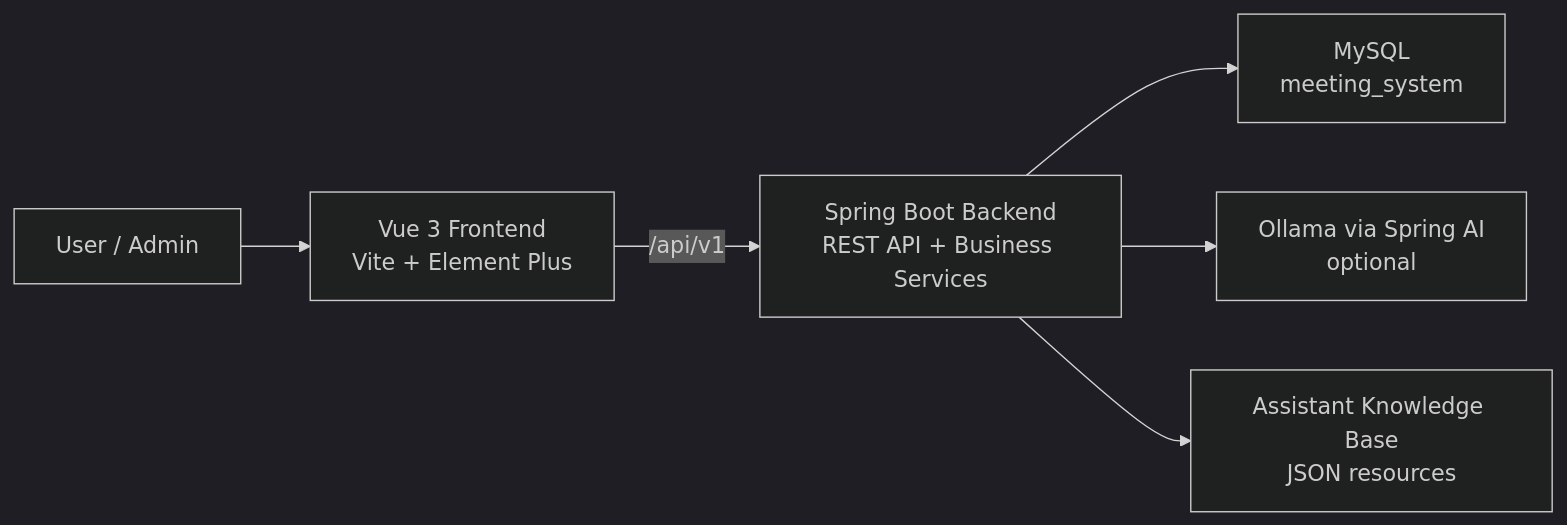
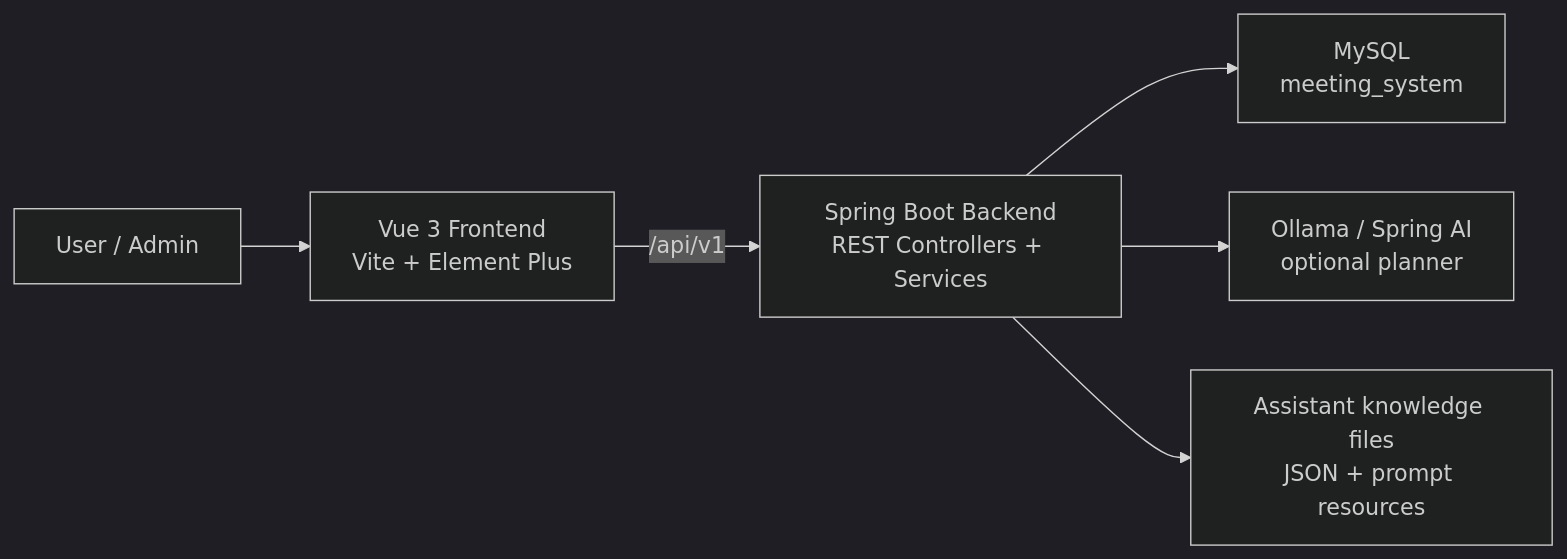
The diagram in README.md (EternalStudying/meeting-room-system), drawn with Mermaid (dark theme) before and after one commit. The commit also changed other lines of this file and 20 other files, not shown here.

````diff
--- a/README.md
+++ b/README.md
@@ -49,8 +48,8 @@
 ```mermaid
 flowchart LR
   U["User / Admin"] --> F["Vue 3 Frontend<br>Vite + Element Plus"]
-  F -->|/api/v1| B["Spring Boot Backend<br>REST API + Business Services"]
+  F -->|/api/v1| B["Spring Boot Backend<br>REST Controllers + Services"]
   B --> DB["MySQL<br>meeting_system"]
-  B --> AI["Ollama via Spring AI<br>optional"]
-  B --> RAG["Assistant Knowledge Base<br>JSON resources"]
+  B --> AI["Ollama / Spring AI<br>optional planner"]
+  B --> KB["Assistant knowledge files<br>JSON + prompt resources"]
 ```
````
